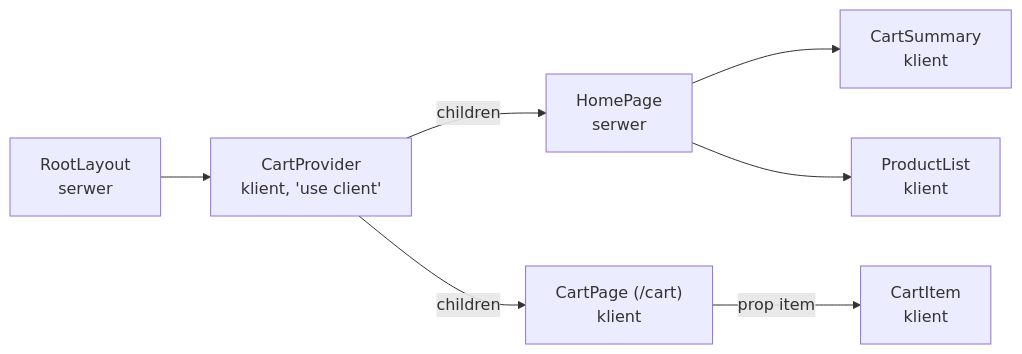
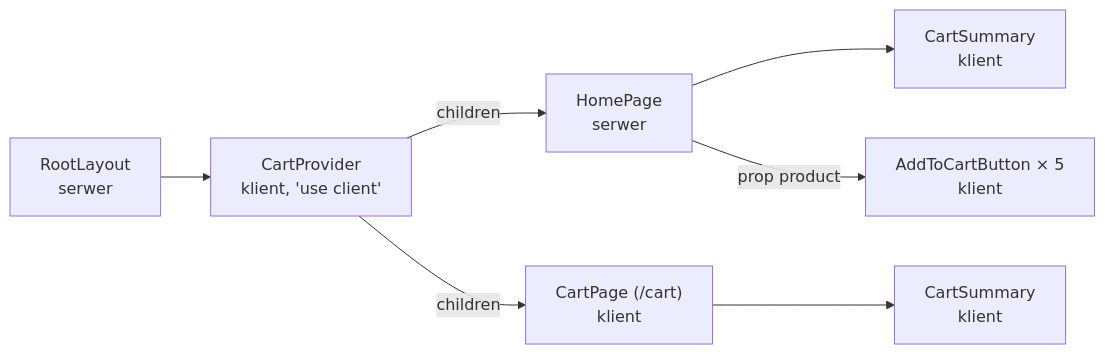
The diagram in lecture04/slides/slide_06_dostawca-i-konsumenci.md (mmiotk/frontend-development-ug), drawn with Mermaid before and after one commit. The commit also changed other lines of this file and 38 other files, not shown here.

````diff
--- a/lecture04/slides/slide_06_dostawca-i-konsumenci.md
+++ b/lecture04/slides/slide_06_dostawca-i-konsumenci.md
@@ -272,10 +231,10 @@
 ```mermaid
 %%{init: {"flowchart": {"wrappingWidth": 360}}}%%
 flowchart LR
     R["RootLayout<br/>serwer"] --> P["CartProvider<br/>klient, 'use client'"]
     P -->|"children"| H["HomePage<br/>serwer"]
     P -->|"children"| C["CartPage (/cart)<br/>klient"]
     H --> S["CartSummary<br/>klient"]
-    H --> L["ProductList<br/>klient"]
-    C -->|"prop item"| I["CartItem<br/>klient"]
+    H -->|"prop product"| B["AddToCartButton × 5<br/>klient"]
+    C --> S2["CartSummary<br/>klient"]
 ```
````
